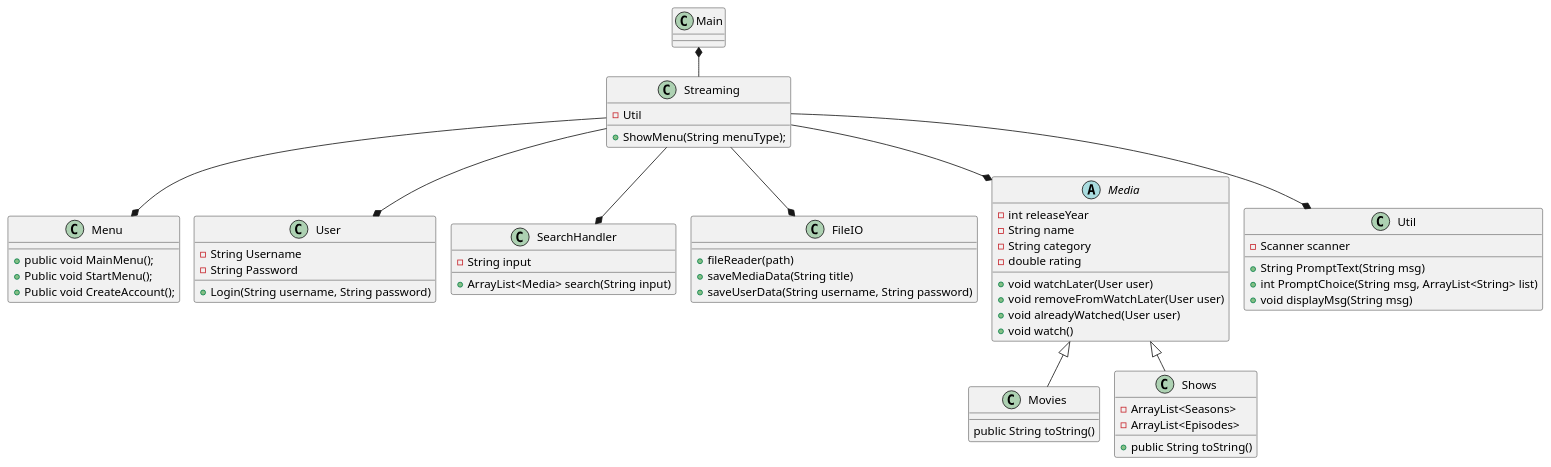
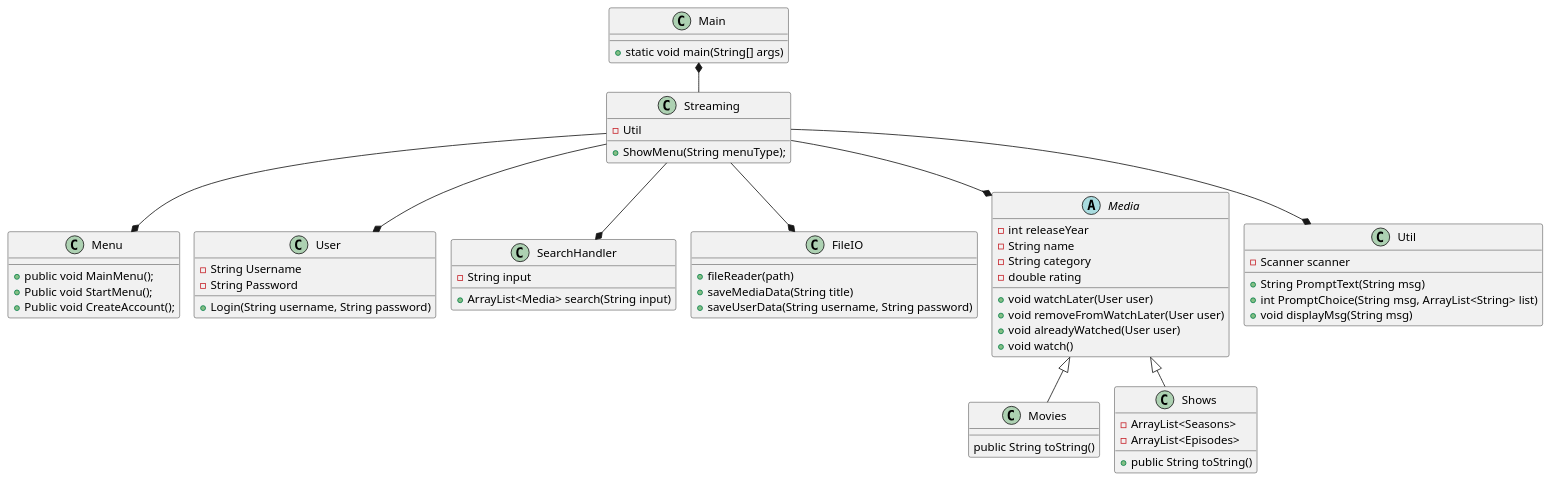
The diagram in Docs/ClassDiagram.puml (ValdemarLarsen02/SP3GruppeD), drawn with PlantUML before and after one commit.

```diff
--- a/Docs/ClassDiagram.puml
+++ b/Docs/ClassDiagram.puml
@@ -1,78 +1,79 @@
 @startuml
 !pragma layout smetana
 
 Class Main{
++static void main(String[] args)
 }
 
 Class Menu{
  + public void MainMenu();
  + Public void StartMenu();
  + Public void CreateAccount();
 }
 
 
 
 Class Streaming {
     -Util
     + ShowMenu(String menuType);
 }
 
 Class User{
 - String Username
 - String Password
 + Login(String username, String password)
 }
 
 Class SearchHandler {
 - String input
 + ArrayList<Media> search(String input)
 
 }
 
 Class FileIO{
 + fileReader(path)
 + saveMediaData(String title)
 + saveUserData(String username, String password)
 }
 
 Abstract Media{
 - int releaseYear
 - String name
 - String category
 - double rating
 + void watchLater(User user)
 + void removeFromWatchLater(User user)
 + void alreadyWatched(User user)
 + void watch()
 }
 
 Class Util{
 - Scanner scanner
 + String PromptText(String msg)
 + int PromptChoice(String msg, ArrayList<String> list)
 + void displayMsg(String msg)
 }
 
 Class Movies{
 public String toString()
 }
 
 Class Shows{
 - ArrayList<Seasons>
 - ArrayList<Episodes>
 + public String toString()
 }
 
 Main *-- Streaming
 Streaming--* User
 Streaming --* FileIO
 Streaming --* Menu
 Streaming --* Media
 Media <|-- Movies
 Media <|-- Shows
 Streaming --* SearchHandler
 Streaming --* Util
 
 
 
 @enduml
```
